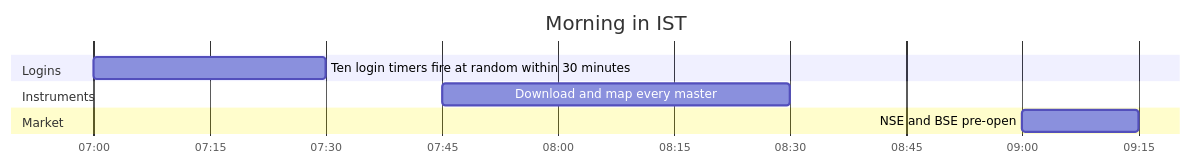
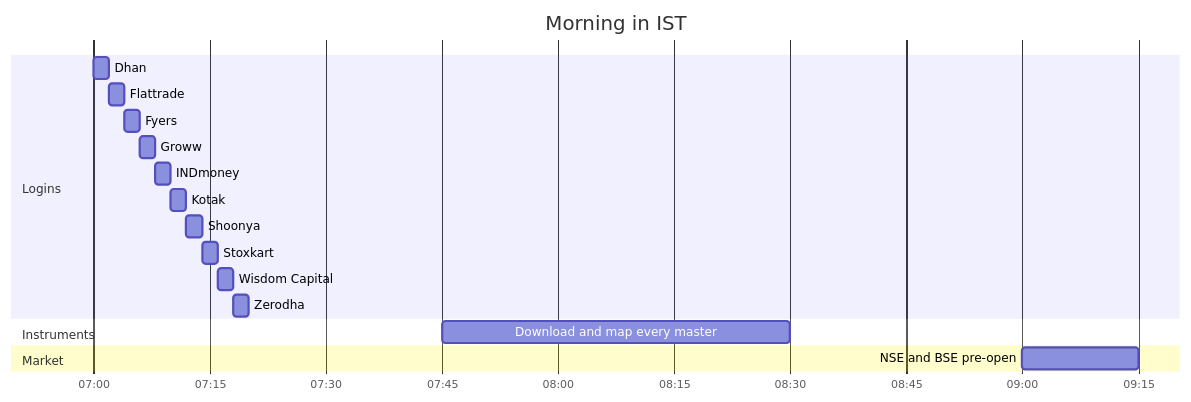
One commit to pramodathani/unified_broker_interface changed the sixth of 6 diagrams in docs/architecture/sessions.md. Above: the diagram before and after it, drawn with Mermaid. The commit also changed other lines of this file and 15 other files, not shown here.

````diff
--- a/docs/architecture/sessions.md
+++ b/docs/architecture/sessions.md
@@ -195,12 +195,21 @@
 ```mermaid
 gantt
     title Morning in IST
     dateFormat HH:mm
     axisFormat %H:%M
     section Logins
-    Ten login timers fire at random within 30 minutes :07:00, 30m
+    Dhan :07:00, 2m
+    Flattrade :07:02, 2m
+    Fyers :07:04, 2m
+    Groww :07:06, 2m
+    INDmoney :07:08, 2m
+    Kotak :07:10, 2m
+    Shoonya :07:12, 2m
+    Stoxkart :07:14, 2m
+    Wisdom Capital :07:16, 2m
+    Zerodha :07:18, 2m
     section Instruments
     Download and map every master :07:45, 45m
     section Market
     NSE and BSE pre-open :09:00, 15m
 ```
````
